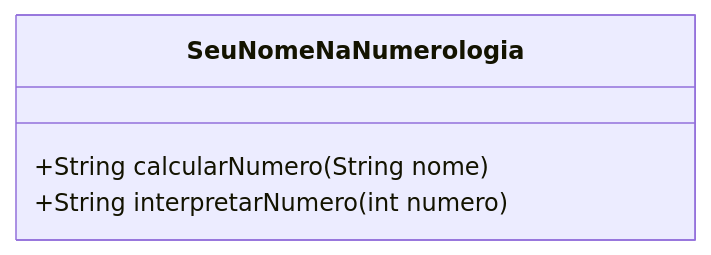
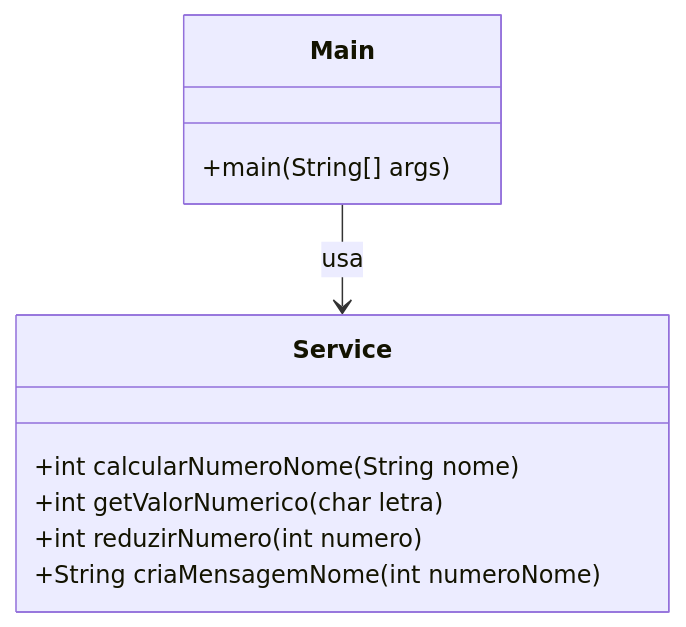
One commit to chrissperb/SeuNomeNaNumerologia changed the diagram in README.md. Above: the diagram before and after it, drawn with Mermaid. The commit also changed other lines of this file and 1 other file, not shown here.

````diff
--- a/README.md
+++ b/README.md
@@ -22,7 +17,15 @@
 ```mermaid
 classDiagram
-    class SeuNomeNaNumerologia {
-        +String calcularNumero(String nome)
-        +String interpretarNumero(int numero)
+    class Main {
+        +main(String[] args)
     }
+
+    class Service {
+        +int calcularNumeroNome(String nome)
+        +int getValorNumerico(char letra)
+        +int reduzirNumero(int numero)
+        +String criaMensagemNome(int numeroNome)
+    }
+
+    Main --> Service : usa
 ```
````
